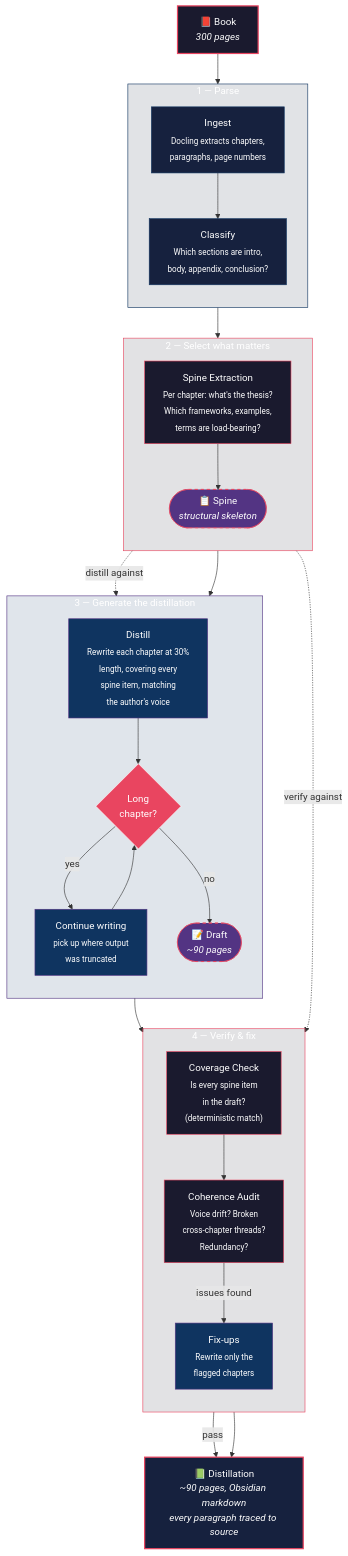
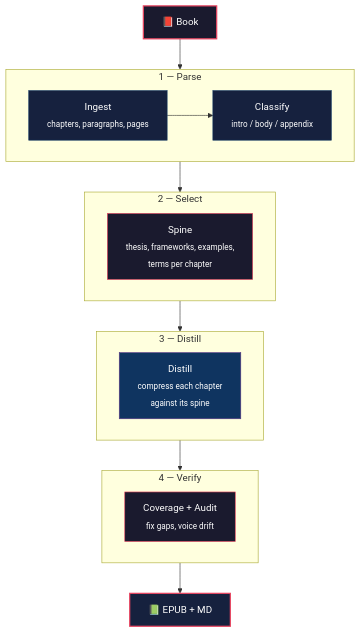
One commit to 8lianno/marrow changed the diagram in README.md. Above: the diagram before and after it, drawn with Mermaid. The commit also changed other lines of this file and 3 other files, not shown here.

````diff
--- a/README.md
+++ b/README.md
@@ -20,62 +30,27 @@
 ```mermaid
 graph TD
-    BOOK["📕 Book<br/><i>300 pages</i>"]:::input
-
+    BOOK["📕 Book"]:::input
     subgraph PARSE ["1 — Parse"]
-        direction TB
-        INGEST["Ingest<br/><sub>Docling extracts chapters,<br/>paragraphs, page numbers</sub>"]:::parse
-        CLASSIFY["Classify<br/><sub>Which sections are intro,<br/>body, appendix, conclusion?</sub>"]:::parse
+        INGEST["Ingest<br/><sub>chapters, paragraphs, pages</sub>"]:::parse
+        CLASSIFY["Classify<br/><sub>intro / body / appendix</sub>"]:::parse
         INGEST --> CLASSIFY
     end
-
-    subgraph SELECT ["2 — Select what matters"]
-        direction TB
-        SPINE["Spine Extraction<br/><sub>Per chapter: what's the thesis?<br/>Which frameworks, examples,<br/>terms are load-bearing?</sub>"]:::select
-        SPINE_OUT(["📋 Spine<br/><i>structural skeleton</i>"]):::artifact
-        SPINE --> SPINE_OUT
+    subgraph SELECT ["2 — Select"]
+        SPINE["Spine<br/><sub>thesis, frameworks, examples,<br/>terms per chapter</sub>"]:::select
     end
-
-    subgraph GENERATE ["3 — Generate the distillation"]
-        direction TB
-        DISTILL["Distill<br/><sub>Rewrite each chapter at 30%<br/>length, covering every<br/>spine item, matching<br/>the author's voice</sub>"]:::generate
-        CONTINUE{"Long<br/>chapter?"}:::decision
-        DISTILL --> CONTINUE
-        CONTINUE -->|"yes"| LOOP["Continue writing<br/><sub>pick up where output<br/>was truncated</sub>"]:::generate
-        LOOP --> CONTINUE
-        CONTINUE -->|"no"| DRAFT(["📝 Draft<br/><i>~90 pages</i>"]):::artifact
+    subgraph GENERATE ["3 — Distill"]
+        DISTILL["Distill<br/><sub>compress each chapter<br/>against its spine</sub>"]:::generate
     end
-
-    subgraph VERIFY ["4 — Verify & fix"]
-        direction TB
-        CHECK["Coverage Check<br/><sub>Is every spine item<br/>in the draft?<br/>(deterministic match)</sub>"]:::verify
-        AUDIT["Coherence Audit<br/><sub>Voice drift? Broken<br/>cross-chapter threads?<br/>Redundancy?</sub>"]:::verify
-        FIX["Fix-ups<br/><sub>Rewrite only the<br/>flagged chapters</sub>"]:::generate
-        CHECK --> AUDIT
-        AUDIT -->|"issues found"| FIX
+    subgraph VERIFY ["4 — Verify"]
+        CHECK["Coverage + Audit<br/><sub>fix gaps, voice drift</sub>"]:::verify
     end
-
-    OUTPUT["📗 Distillation<br/><i>~90 pages, Obsidian markdown<br/>every paragraph traced to source</i>"]:::output
-
-    BOOK --> PARSE
-    PARSE --> SELECT
-    SELECT --> GENERATE
-    SPINE_OUT -.->|"distill against"| DISTILL
-    SPINE_OUT -.->|"verify against"| CHECK
-    GENERATE --> VERIFY
-    AUDIT -->|"pass"| OUTPUT
-    FIX --> OUTPUT
+    OUTPUT["📗 EPUB + MD"]:::output
+    BOOK --> PARSE --> SELECT --> GENERATE --> VERIFY --> OUTPUT
 
     classDef input fill:#1a1a2e,stroke:#e94560,color:#fff,stroke-width:2px
     classDef parse fill:#16213e,stroke:#0f3460,color:#fff
     classDef select fill:#1a1a2e,stroke:#e94560,color:#fff
     classDef generate fill:#0f3460,stroke:#533483,color:#fff
     classDef verify fill:#1a1a2e,stroke:#e94560,color:#fff
-    classDef artifact fill:#533483,stroke:#e94560,color:#fff,stroke-dasharray: 5 5
-    classDef decision fill:#e94560,stroke:#fff,color:#fff
     classDef output fill:#16213e,stroke:#e94560,color:#fff,stroke-width:2px
-
-    style PARSE fill:#16213e20,stroke:#0f3460,stroke-width:1px,color:#fff
-    style SELECT fill:#1a1a2e20,stroke:#e94560,stroke-width:1px,color:#fff
-    style GENERATE fill:#0f346020,stroke:#533483,stroke-width:1px,color:#fff
-    style VERIFY fill:#1a1a2e20,stroke:#e94560,stroke-width:1px,color:#fff
 ```
````
